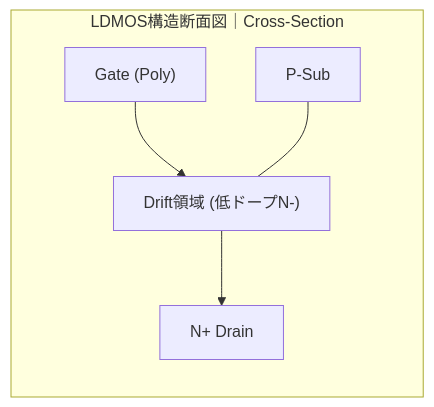
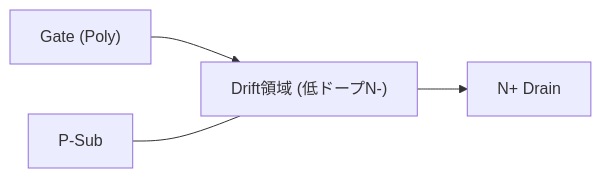
Before and after one commit to Samizo-AITL/Edusemi-v4x: the first of 2 diagrams in d_chapter2_high_voltage_devices/ldmos.md, drawn with Mermaid. The commit also changed other lines of this file, not shown here.

````diff
--- a/d_chapter2_high_voltage_devices/ldmos.md
+++ b/d_chapter2_high_voltage_devices/ldmos.md
@@ -30,12 +32,10 @@
 ```mermaid
 flowchart LR
-    subgraph CrossSection ["LDMOS構造断面図｜Cross-Section"]
-        Gate["Gate (Poly)"]
-        Psub["P-Sub"]
-        Drift["Drift領域 (低ドープN-)"]
-        Nplus["N+ Drain"]
+    Gate["Gate (Poly)"]
+    Psub["P-Sub"]
+    Drift["Drift領域 (低ドープN-)"]
+    Nplus["N+ Drain"]
 
-        Gate --> Drift --> Nplus
-        Psub --- Drift
-    end
+    Gate --> Drift --> Nplus
+    Psub --- Drift
 ```
````
